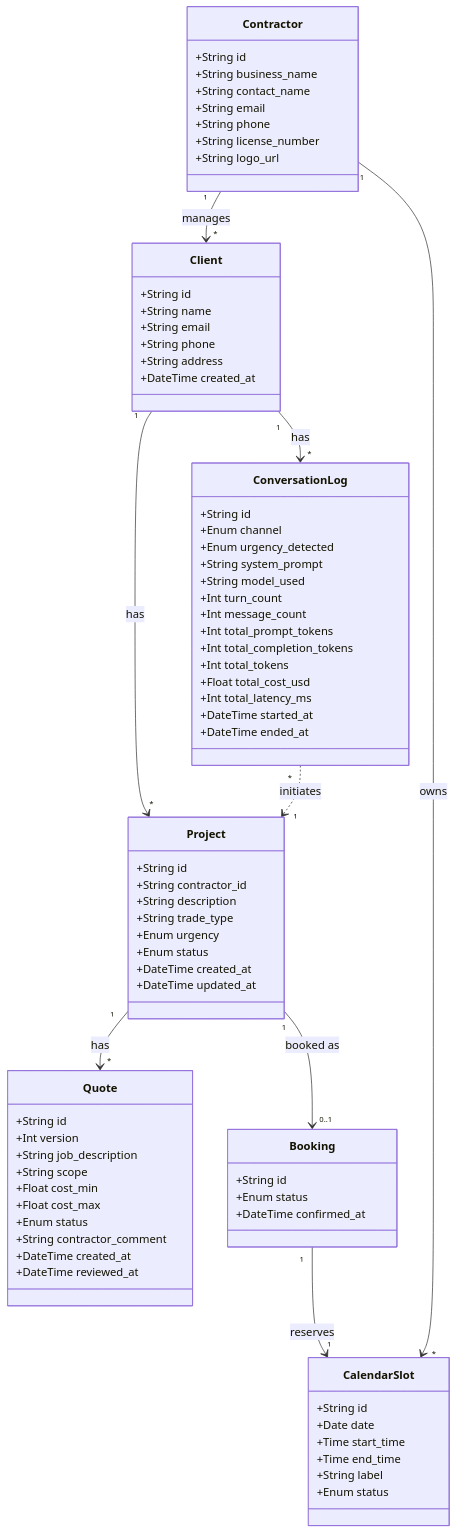
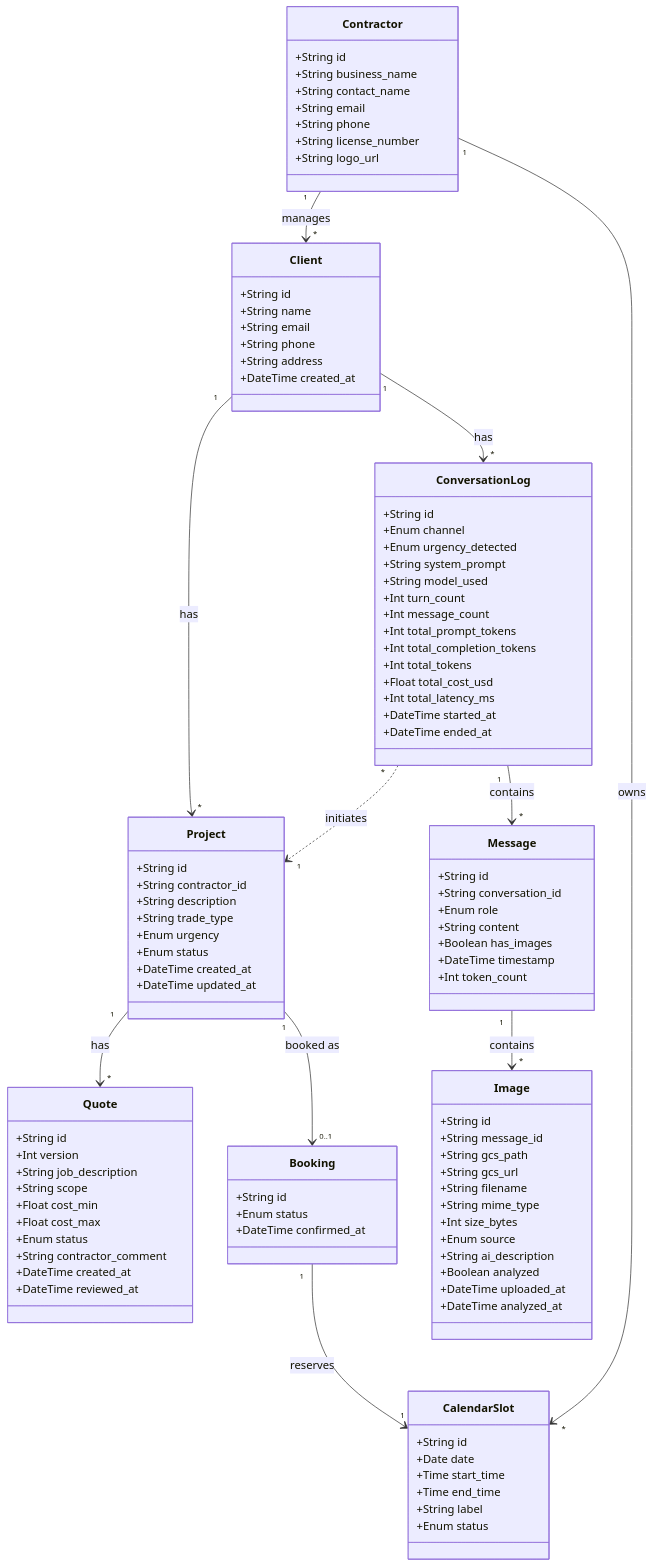
One commit to JRKagumba/tmls-pipeline changed the diagram in specifications/data_model.mermaid. Above: the diagram before and after it, drawn with Mermaid. The commit also changed 1 other file, not shown here.

```diff
--- a/specifications/data_model.mermaid
+++ b/specifications/data_model.mermaid
@@ -1,85 +1,112 @@
 classDiagram
 direction TB
     class Contractor {
 	    +String id
 	    +String business_name
 	    +String contact_name
 	    +String email
 	    +String phone
 	    +String license_number
 	    +String logo_url
     }
 
     class Client {
 	    +String id
 	    +String name
 	    +String email
 	    +String phone
 	    +String address
 	    +DateTime created_at
     }
 
     class Project {
 	    +String id
 	    +String contractor_id
 	    +String description
 	    +String trade_type
 	    +Enum urgency
 	    +Enum status
 	    +DateTime created_at
 	    +DateTime updated_at
     }
 
     class Quote {
 	    +String id
 	    +Int version
 	    +String job_description
 	    +String scope
 	    +Float cost_min
 	    +Float cost_max
 	    +Enum status
 	    +String contractor_comment
 	    +DateTime created_at
 	    +DateTime reviewed_at
     }
 
     class Booking {
 	    +String id
 	    +Enum status
 	    +DateTime confirmed_at
     }
 
     class CalendarSlot {
 	    +String id
 	    +Date date
 	    +Time start_time
 	    +Time end_time
 	    +String label
 	    +Enum status
     }
 
     class ConversationLog {
 	    +String id
 	    +Enum channel
 	    +Enum urgency_detected
 	    +String system_prompt
 	    +String model_used
 	    +Int turn_count
 	    +Int message_count
 	    +Int total_prompt_tokens
 	    +Int total_completion_tokens
 	    +Int total_tokens
 	    +Float total_cost_usd
 	    +Int total_latency_ms
 	    +DateTime started_at
 	    +DateTime ended_at
     }
 
+    class Message {
+	    +String id
+	    +String conversation_id
+	    +Enum role
+	    +String content
+	    +Boolean has_images
+	    +DateTime timestamp
+	    +Int token_count
+    }
+
+    class Image {
+	    +String id
+	    +String message_id
+	    +String gcs_path
+	    +String gcs_url
+	    +String filename
+	    +String mime_type
+	    +Int size_bytes
+	    +Enum source
+	    +String ai_description
+	    +Boolean analyzed
+	    +DateTime uploaded_at
+	    +DateTime analyzed_at
+    }
+
     Contractor "1" --> "*" Client : manages
     Contractor "1" --> "*" CalendarSlot : owns
     Client "1" --> "*" Project : has
     Client "1" --> "*" ConversationLog : has
     ConversationLog "*" ..> "1" Project : initiates
+    ConversationLog "1" --> "*" Message : contains
     Project "1" --> "*" Quote : has
     Project "1" --> "0..1" Booking : booked as
     Booking "1" --> "1" CalendarSlot : reserves
+    Message "1" --> "*" Image : contains
```
